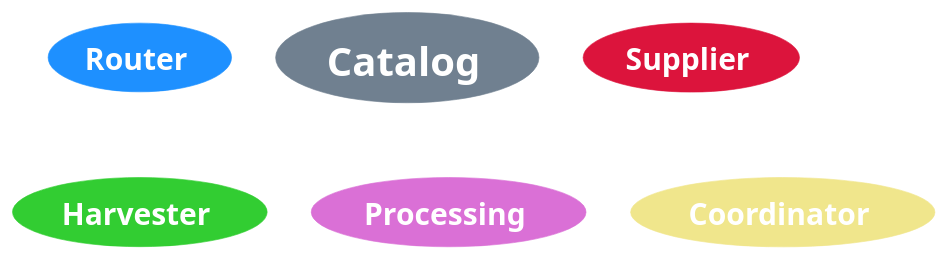
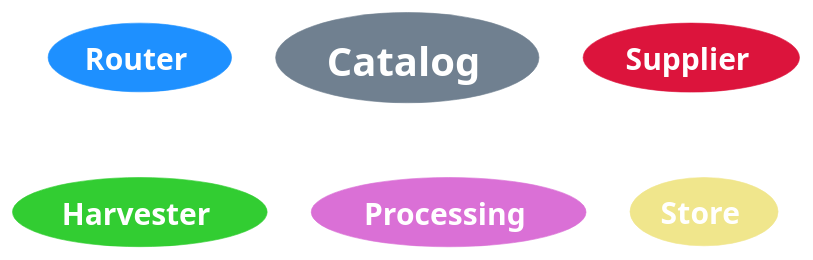
Before and after one commit to Terradue/Stars: the diagram in docs/diagrams/servicesConcept.puml, drawn with PlantUML. The commit also changed 29 other files, not shown here.

```diff
--- a/docs/diagrams/servicesConcept.puml
+++ b/docs/diagrams/servicesConcept.puml
@@ -1,47 +1,47 @@
 @startuml servicesPrinciplesStars
 
 hide stereotype
 
 skinparam usecase {
 
     BackgroundColor<< Catalog >> SlateGrey
     BorderColor<< Catalog >> SlateGrey
     FontSize<< Catalog >>  32
 
     BackgroundColor<< Supplier >> Crimson
     BorderColor<< Supplier >> Crimson
 
     BackgroundColor<< Harvester >> LimeGreen
     BorderColor<< Harvester >> LimeGreen
 
-    BackgroundColor<< Coordinator >> Khaki
-    BorderColor<< Coordinator >> Khaki
+    BackgroundColor<< Store >> Khaki
+    BorderColor<< Store >> Khaki
 
     BackgroundColor<< Processing >> Orchid
     BorderColor<< Processing >> Orchid
 
     BackgroundColor<< Router >> DodgerBlue
     BorderColor<< Router >> DodgerBlue
 
     FontColor White
     FontName Verdana
     FontStyle Bold
     FontSize 24
 
     shadowing false
 
     ArrowColor CadetBlue
     ArrowThickness 6
 
 }
 
 (Router) <<Router>> as router
 (Catalog) <<Catalog>> as catalog
 (Supplier) <<Supplier>> as supplier
 (Harvester) <<Harvester>> as harvester
 (Processing) <<Processing>> as processing
-(Coordinator) <<Coordinator>> as coordinator
+(Store) <<Store>> as store
 
 
 
 @enduml
```
